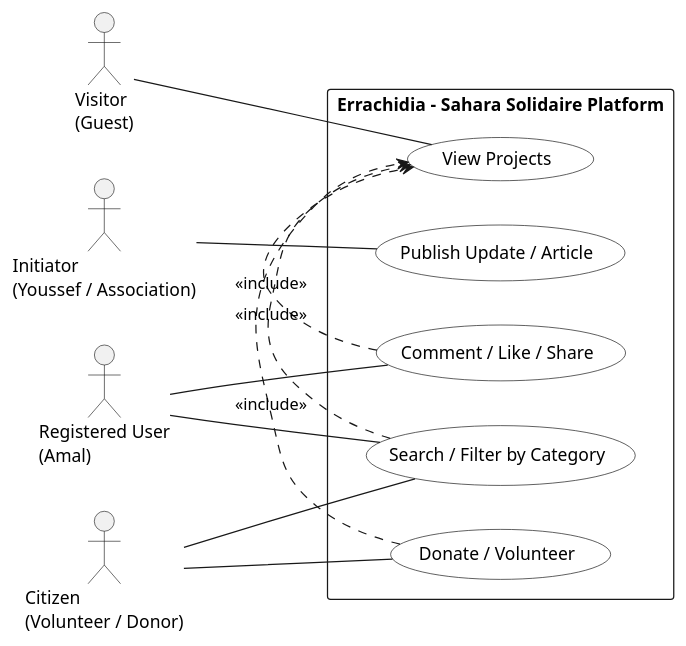
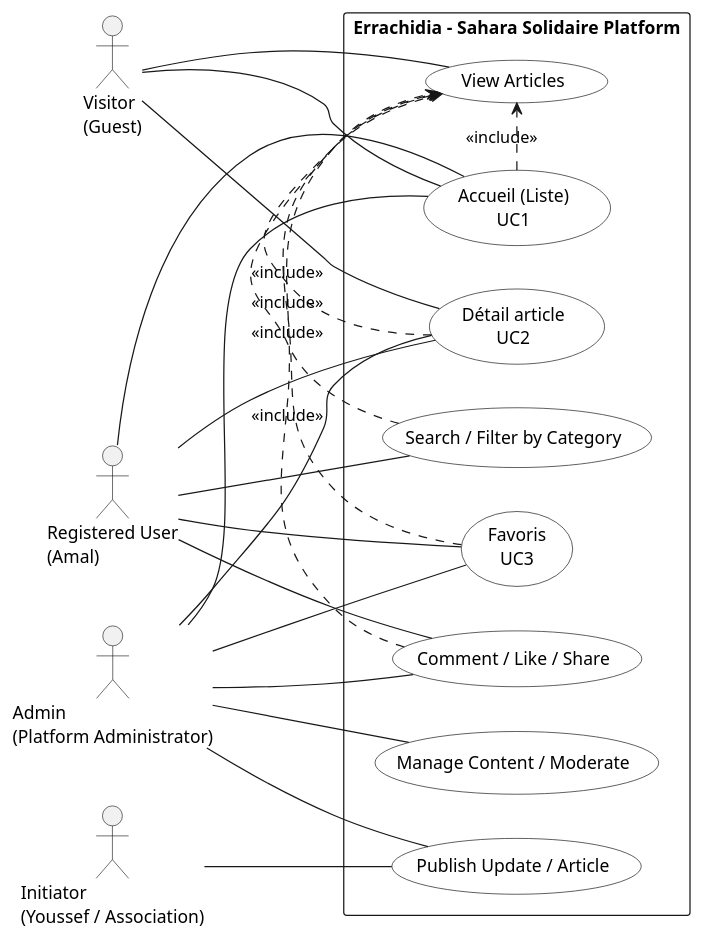
Before and after one commit to BenTaleb-Mehdi/Analyse-du-besoin: the diagram in diagramme-usecase.PUML, drawn with PlantUML.

```diff
--- a/diagramme-usecase.PUML
+++ b/diagramme-usecase.PUML
@@ -1,42 +1,58 @@
 @startuml
 
 left to right direction
 skinparam packageStyle rectangle
 skinparam usecase {
-  BackgroundColor White
-  BorderColor Black
+BackgroundColor White
+BorderColor Black
 }
 
 actor "Visitor\n(Guest)" as Visitor
 actor "Initiator\n(Youssef / Association)" as Initiator
 actor "Registered User\n(Amal)" as Registered
-actor "Citizen\n(Volunteer / Donor)" as Citizen
+actor "Admin\n(Platform Administrator)" as Admin
 
 package "Errachidia – Sahara Solidaire Platform" {
-  
-  ' Use Cases
-  usecase "View Projects" as UC_View
-  usecase "Publish Update / Article" as UC_Publish
-  usecase "Comment / Like / Share" as UC_Comment
-  usecase "Donate / Volunteer" as UC_Participate
-  usecase "Search / Filter by Category" as UC_Search
 
+' Existing Use Cases
+usecase "View Articles" as UC_View
+usecase "Publish Update / Article" as UC_Publish
+usecase "Comment / Like / Share" as UC_Comment
+usecase "Search / Filter by Category" as UC_Search
+usecase "Manage Content / Moderate" as UC_Admin
+
+' New Use Cases
+usecase "Accueil (Liste)\nUC1" as UC1
+usecase "Détail article\nUC2" as UC2
+usecase "Favoris\nUC3" as UC3
 }
 
 ' -------------------------
 ' Relationships
 ' -------------------------
 
 Visitor -- UC_View
+Visitor -- UC1
+Visitor -- UC2
+
 Initiator -- UC_Publish
 Registered -- UC_Comment
 Registered -- UC_Search
-Citizen -- UC_Participate
-Citizen -- UC_Search
+Registered -- UC3
+Registered -- UC1
+Registered -- UC2
+Admin -- UC_Publish
+Admin -- UC_Admin
+Admin -- UC_Comment
+Admin -- UC1
+Admin -- UC2
+Admin -- UC3
 
 ' Include / Extend relationships
-UC_Participate .> UC_View : <<include>>
 UC_Comment .> UC_View : <<include>>
 UC_Search .> UC_View : <<include>>
+UC1 .> UC_View : <<include>>
+UC2 .> UC_View : <<include>>
+UC3 .> UC_View : <<include>>
 
 @enduml
```
